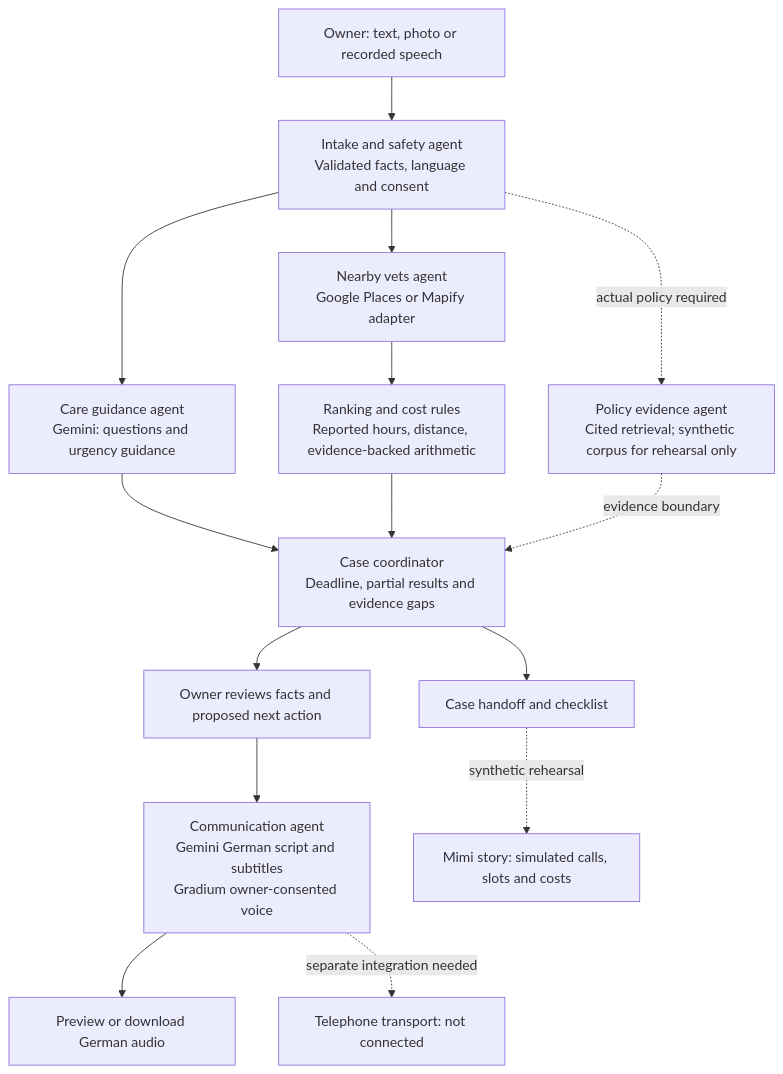
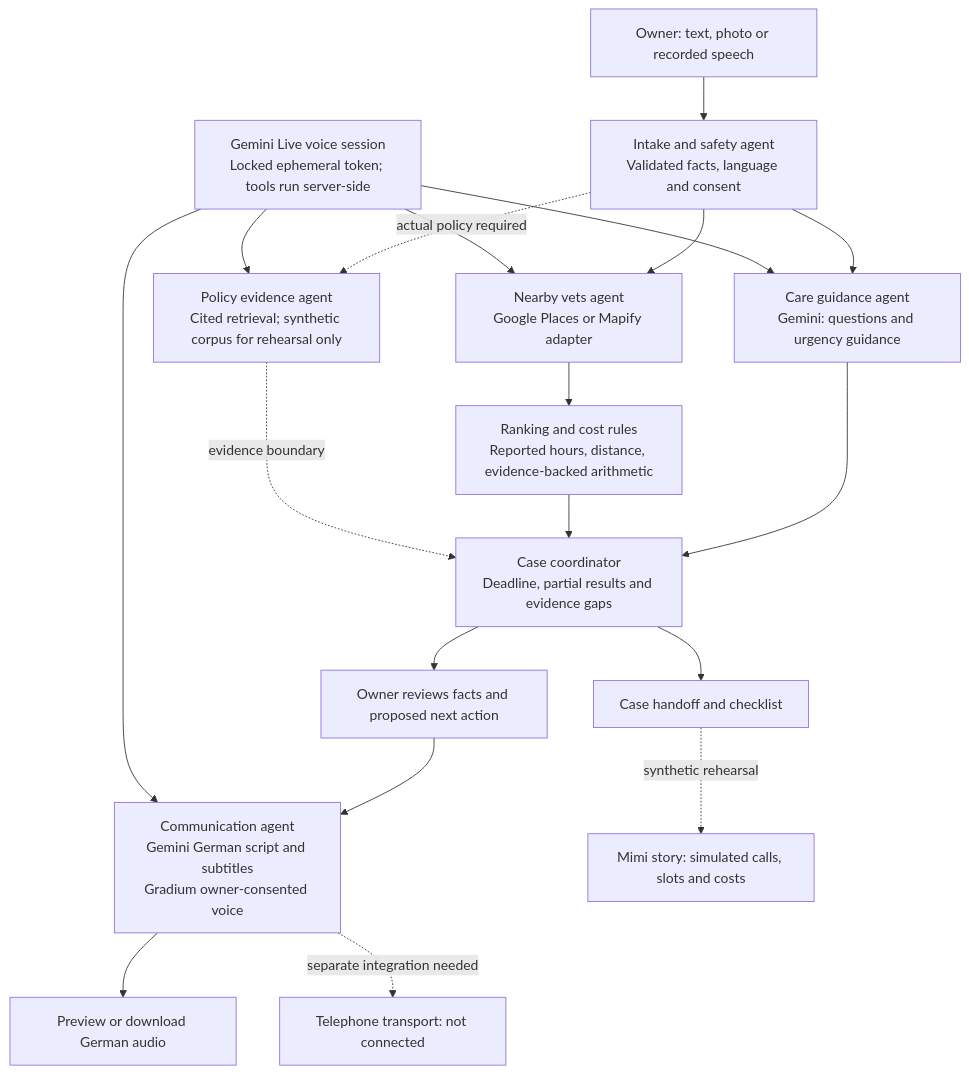
The diagram in docs/ARCHITECTURE.md (yyyuanfish/pawse), drawn with Mermaid before and after one commit. The commit also changed 14 other files, not shown here.

First line of the commit message:
feat(live): Gemini Live tokens and server-run tool calls

````diff
--- a/docs/ARCHITECTURE.md
+++ b/docs/ARCHITECTURE.md
@@ -14,17 +14,21 @@
 ```mermaid
 flowchart TD
     User[Owner: text, photo or recorded speech] --> Intake[Intake and safety agent\nValidated facts, language and consent]
     Intake --> Care[Care guidance agent\nGemini: questions and urgency guidance]
     Intake --> Places[Nearby vets agent\nGoogle Places or Mapify adapter]
     Intake -. actual policy required .-> Policy[Policy evidence agent\nCited retrieval; synthetic corpus for rehearsal only]
     Places --> Rank[Ranking and cost rules\nReported hours, distance, evidence-backed arithmetic]
     Care --> Coordinator[Case coordinator\nDeadline, partial results and evidence gaps]
     Rank --> Coordinator
     Policy -. evidence boundary .-> Coordinator
     Coordinator --> Review[Owner reviews facts and proposed next action]
     Review --> Voice[Communication agent\nGemini German script and subtitles\nGradium owner-consented voice]
     Voice --> Audio[Preview or download German audio]
     Voice -. separate integration needed .-> Phone[Telephone transport: not connected]
+    Live[Gemini Live voice session\nLocked ephemeral token; tools run server-side] --> Care
+    Live --> Places
+    Live --> Policy
+    Live --> Voice
     Coordinator --> Summary[Case handoff and checklist]
     Summary -. synthetic rehearsal .-> Demo[Mimi story: simulated calls, slots and costs]
 ```
````
